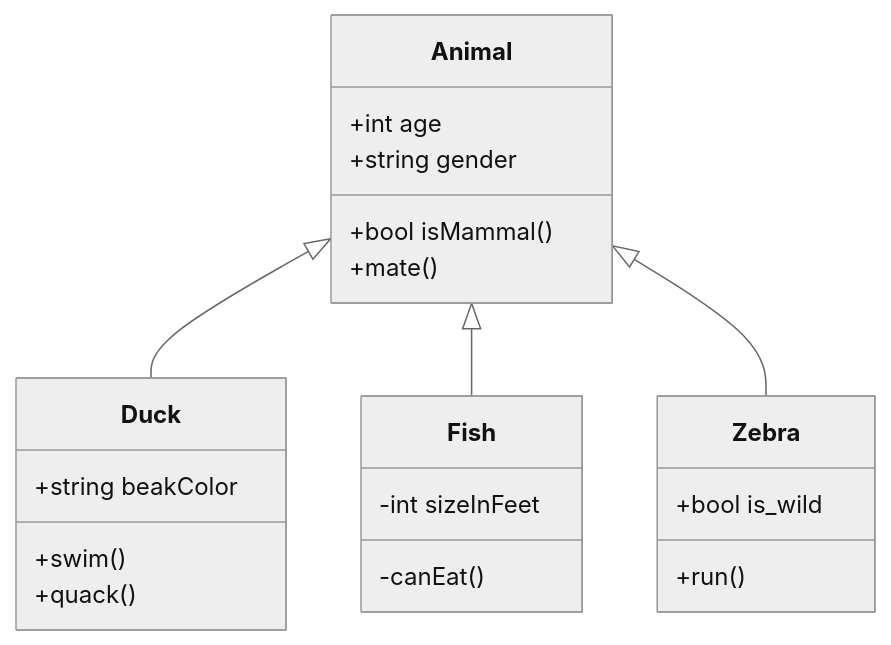
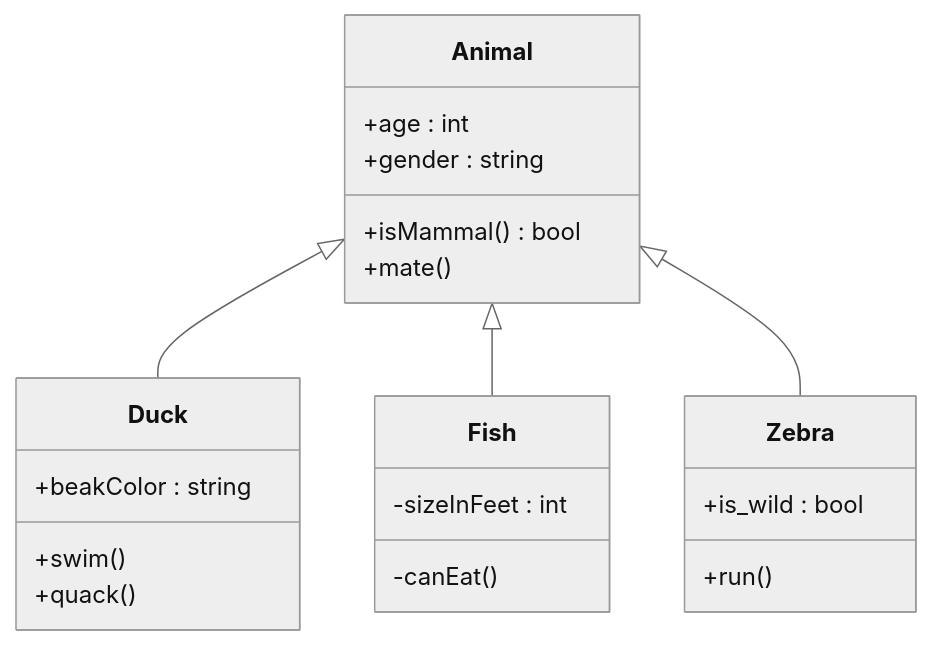
One commit to ZhiZe-ZG/UMLLesson changed the first of 2 diagrams in Lesson01.md. Above: the diagram before and after it, drawn with Mermaid (neutral theme). The commit also changed other lines of this file, not shown here.

````diff
--- a/Lesson01.md
+++ b/Lesson01.md
@@ -54,25 +54,25 @@
 ```mermaid
 classDiagram
     class Animal{
-        +int age
-        +string gender
-        +bool isMammal()
+        +age : int
+        +gender : string
+        +isMammal() bool
         +mate()
     }
     class Duck{
-        +string beakColor
+        +beakColor : string
         +swim()
         +quack()
     }
     class Fish{
-        -int sizeInFeet
+        -sizeInFeet : int
         -canEat()
     }
     class Zebra{
-        +bool is_wild
+        +is_wild : bool
         +run()
     }
     Animal <|-- Duck
     Animal <|-- Fish
     Animal <|-- Zebra
 ```
````
